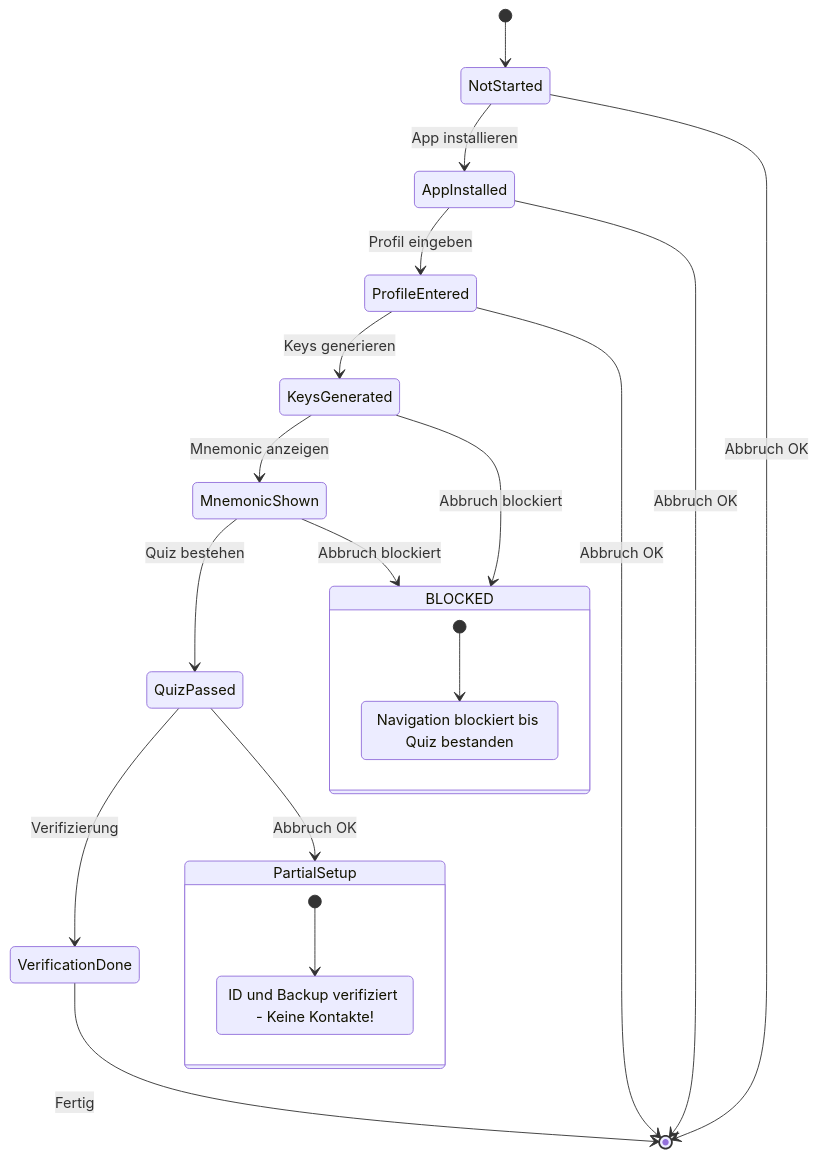
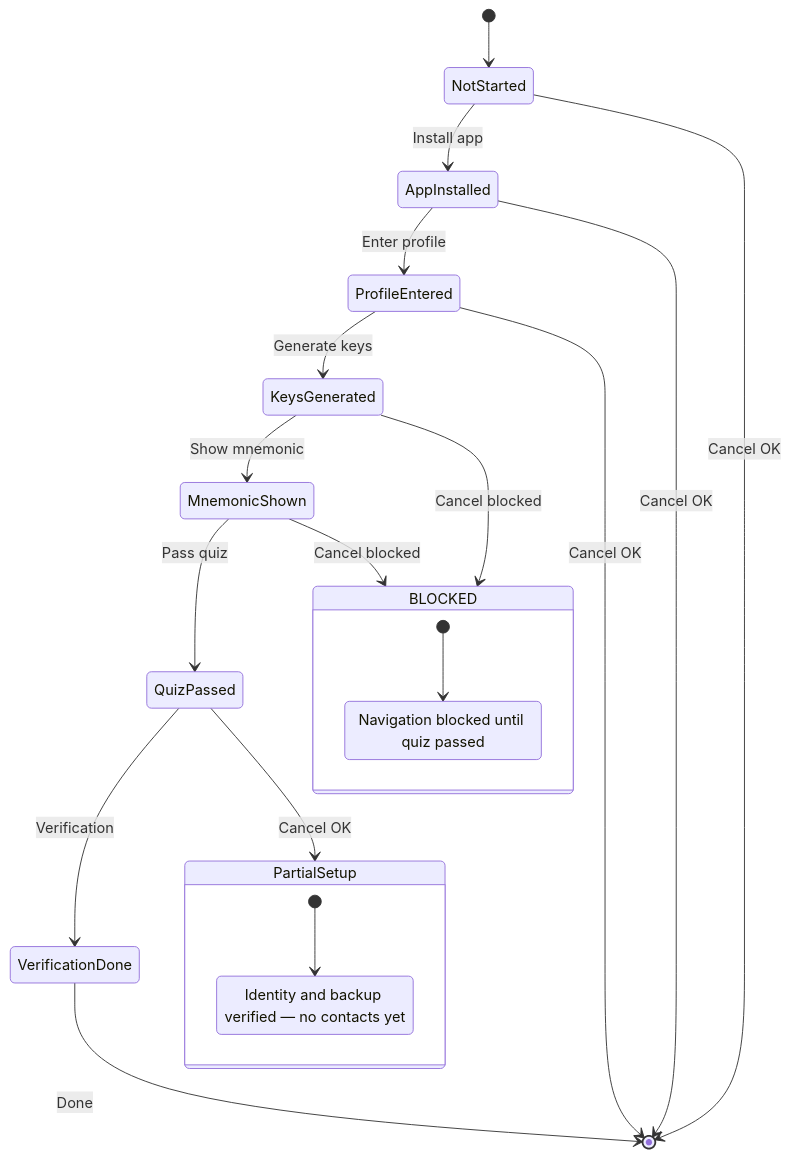
Before and after one commit to IT4Change/web-of-trust: the fifth of 7 diagrams in docs/flows/01-onboarding-technical.md, drawn with Mermaid. The commit also changed other lines of this file and 6 other files, not shown here.

````diff
--- a/docs/flows/01-onboarding-technical.md
+++ b/docs/flows/01-onboarding-technical.md
@@ -315,30 +325,30 @@
 ```mermaid
 stateDiagram-v2
     [*] --> NotStarted
-    
-    NotStarted --> AppInstalled: App installieren
-    AppInstalled --> ProfileEntered: Profil eingeben
-    ProfileEntered --> KeysGenerated: Keys generieren
-    KeysGenerated --> MnemonicShown: Mnemonic anzeigen
-    MnemonicShown --> QuizPassed: Quiz bestehen
-    QuizPassed --> VerificationDone: Verifizierung
-    VerificationDone --> [*]: Fertig
-    
-    NotStarted --> [*]: Abbruch OK
-    AppInstalled --> [*]: Abbruch OK
-    ProfileEntered --> [*]: Abbruch OK
-    
-    KeysGenerated --> BLOCKED: Abbruch blockiert
-    MnemonicShown --> BLOCKED: Abbruch blockiert
-    
+
+    NotStarted --> AppInstalled: Install app
+    AppInstalled --> ProfileEntered: Enter profile
+    ProfileEntered --> KeysGenerated: Generate keys
+    KeysGenerated --> MnemonicShown: Show mnemonic
+    MnemonicShown --> QuizPassed: Pass quiz
+    QuizPassed --> VerificationDone: Verification
+    VerificationDone --> [*]: Done
+
+    NotStarted --> [*]: Cancel OK
+    AppInstalled --> [*]: Cancel OK
+    ProfileEntered --> [*]: Cancel OK
+
+    KeysGenerated --> BLOCKED: Cancel blocked
+    MnemonicShown --> BLOCKED: Cancel blocked
+
     state BLOCKED {
         [*] --> MustComplete
-        MustComplete: Navigation blockiert bis Quiz bestanden
+        MustComplete: Navigation blocked until quiz passed
     }
-    
-    QuizPassed --> PartialSetup: Abbruch OK
+
+    QuizPassed --> PartialSetup: Cancel OK
     state PartialSetup {
         [*] --> HasID
-        HasID: ID und Backup verifiziert - Keine Kontakte!
+        HasID: Identity and backup verified — no contacts yet
     }
 ```
````
